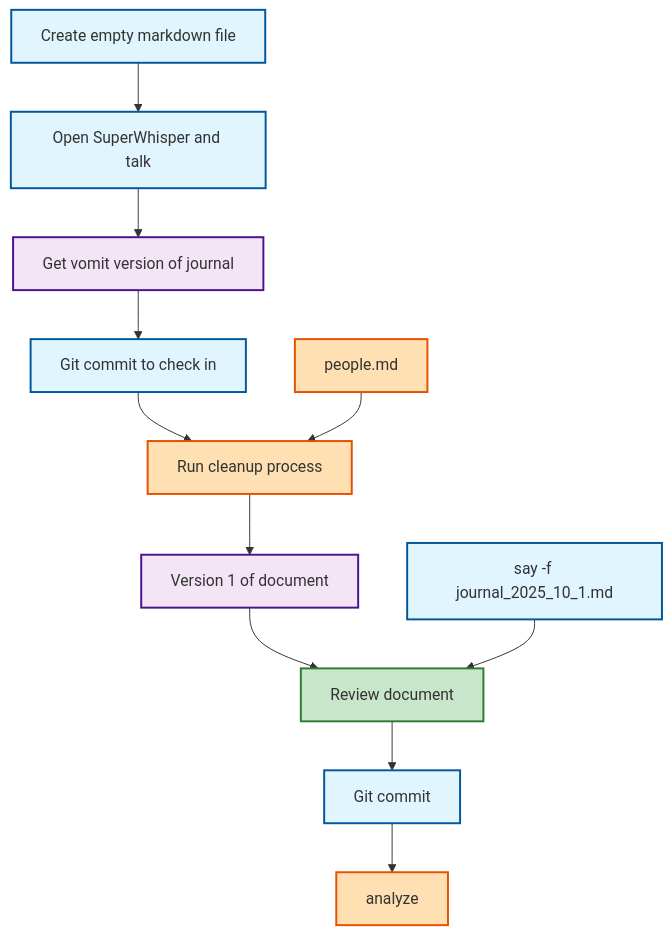
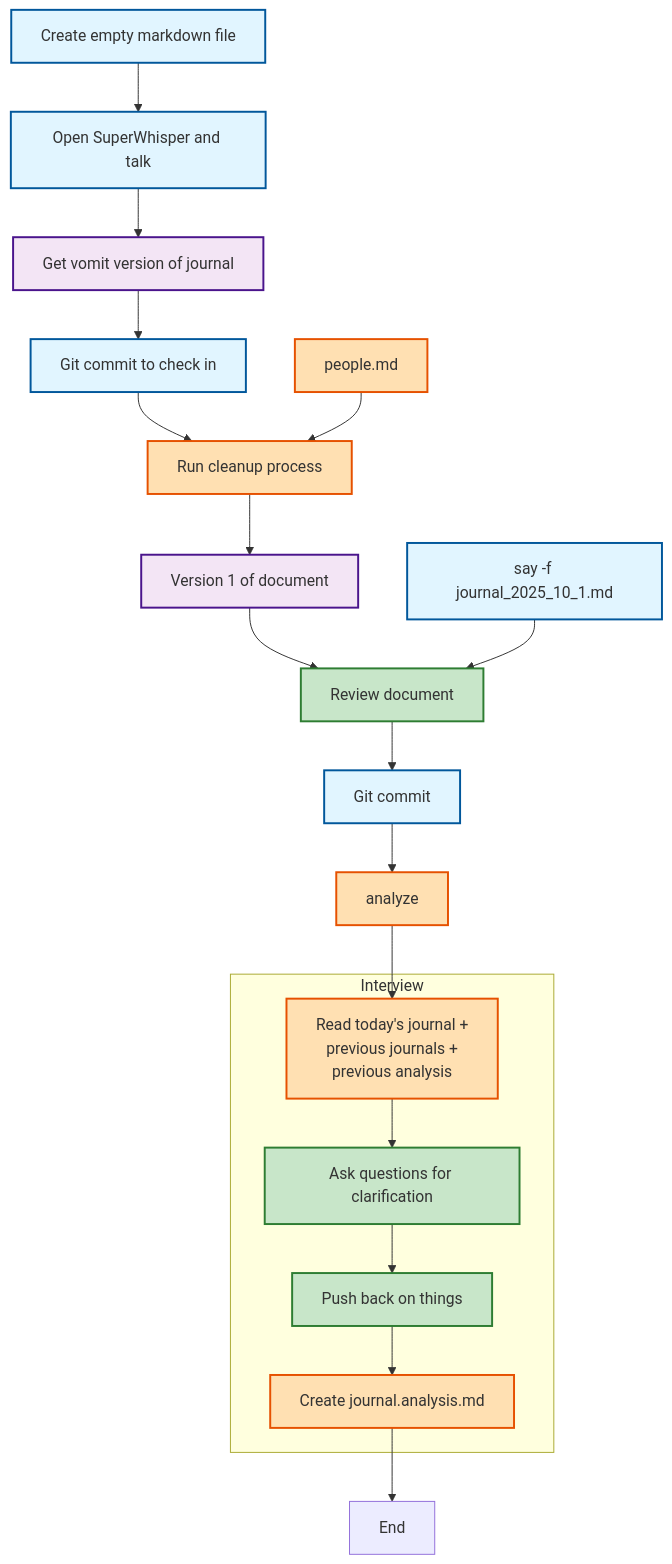
The second of 2 diagrams in Flowchart_Journaling/journaling_process.md (isidore/AIJournaling), drawn with Mermaid before and after one commit.

Commit message:
step 8 inter-process of analysis

````diff
--- a/Flowchart_Journaling/journaling_process.md
+++ b/Flowchart_Journaling/journaling_process.md
@@ -18,30 +18,43 @@
 ```mermaid
 graph TD
     Start[Create empty markdown file]:::tools
     Whisper[Open SuperWhisper and talk]:::tools
     Vomit[Get vomit version of journal]:::output
     Commit[Git commit to check in]:::tools
     Cleanup[Run cleanup process]:::processing
     People[people.md]:::processing
     V1[Version 1 of document]:::output
     Say[say -f journal_2025_10_1.md]:::tools
     Review[Review document]:::manual
     Commit2[Git commit]:::tools
     Analyze[analyze]:::processing
     
+    subgraph Interview
+        Read[Read today's journal +<br/>previous journals +<br/>previous analysis]:::processing
+        Ask[Ask questions for clarification]:::manual
+        PushBack[Push back on things]:::manual
+        CreateAnalysis[Create journal.analysis.md]:::processing
+        
+        Read --> Ask
+        Ask --> PushBack
+        PushBack --> CreateAnalysis
+    end
+    
     Start --> Whisper
     Whisper --> Vomit
     Vomit --> Commit
     Commit --> Cleanup
     People --> Cleanup
     Cleanup --> V1
     V1 --> Review
     Say --> Review
     Review --> Commit2
     Commit2 --> Analyze
+    Analyze --> Read
+    CreateAnalysis --> End[End]
     
     classDef tools fill:#e1f5ff,stroke:#01579b,stroke-width:2px
     classDef output fill:#f3e5f5,stroke:#4a148c,stroke-width:2px
     classDef processing fill:#ffe0b2,stroke:#e65100,stroke-width:2px
     classDef manual fill:#c8e6c9,stroke:#2e7d32,stroke-width:2px
 ```
````
